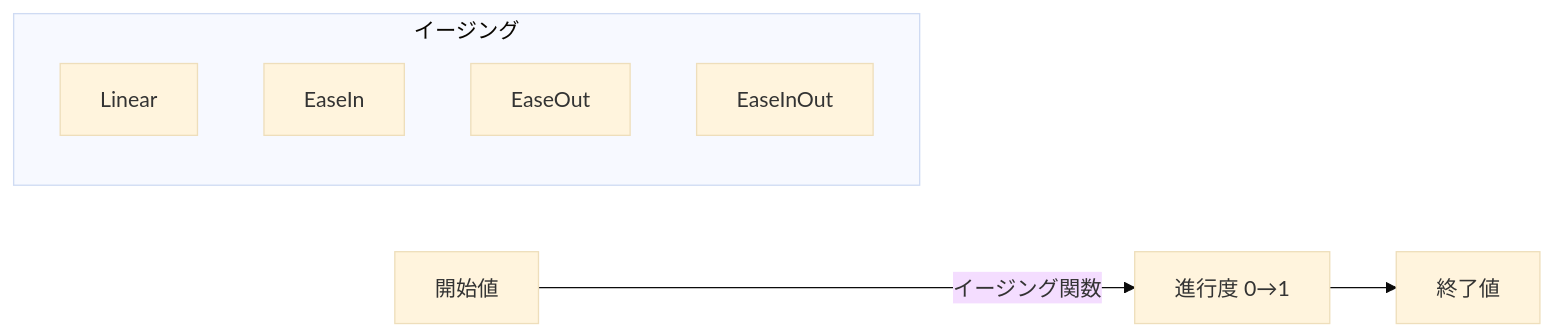
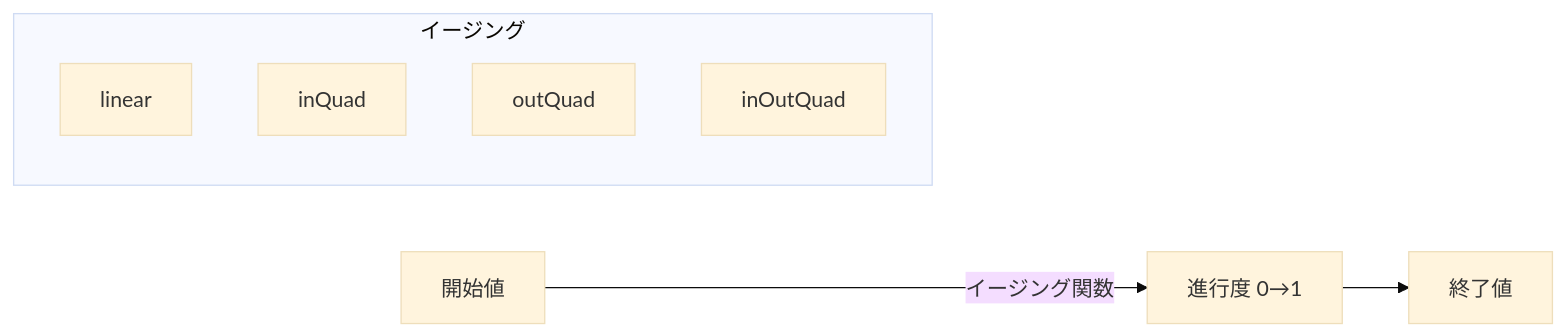
Before and after one commit to Next2D/player: the diagram in specs/ja/tween.md, drawn with Mermaid (base theme). The commit also changed other lines of this file and 17 other files, not shown here.

````diff
--- a/specs/ja/tween.md
+++ b/specs/ja/tween.md
@@ -7,12 +7,12 @@
 ```mermaid
 flowchart LR
     Start["開始値"] -->|イージング関数| Progress["進行度 0→1"]
     Progress --> End["終了値"]
 
     subgraph Easing["イージング"]
-        Linear["Linear"]
-        EaseIn["EaseIn"]
-        EaseOut["EaseOut"]
-        EaseInOut["EaseInOut"]
+        Linear["linear"]
+        InQuad["inQuad"]
+        OutQuad["outQuad"]
+        InOutQuad["inOutQuad"]
     end
 ```
````
